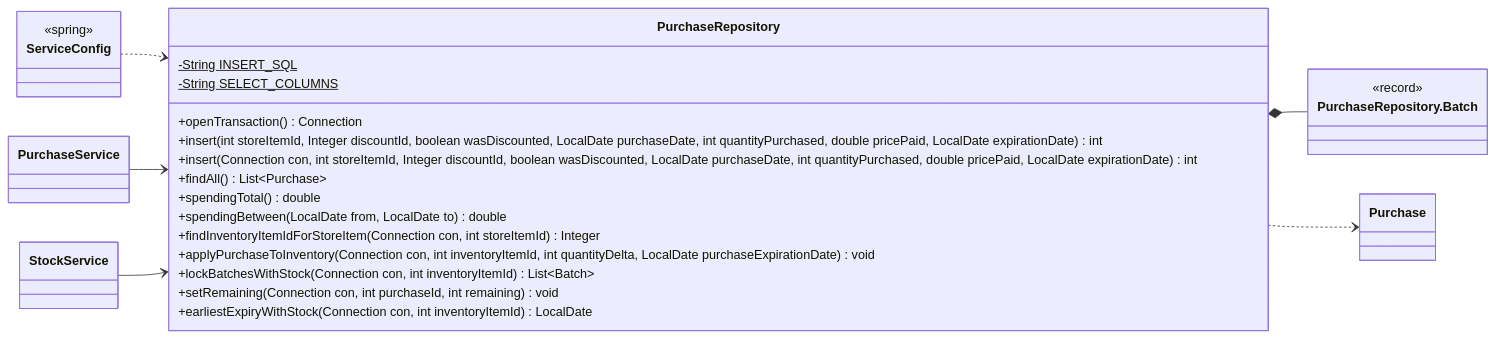
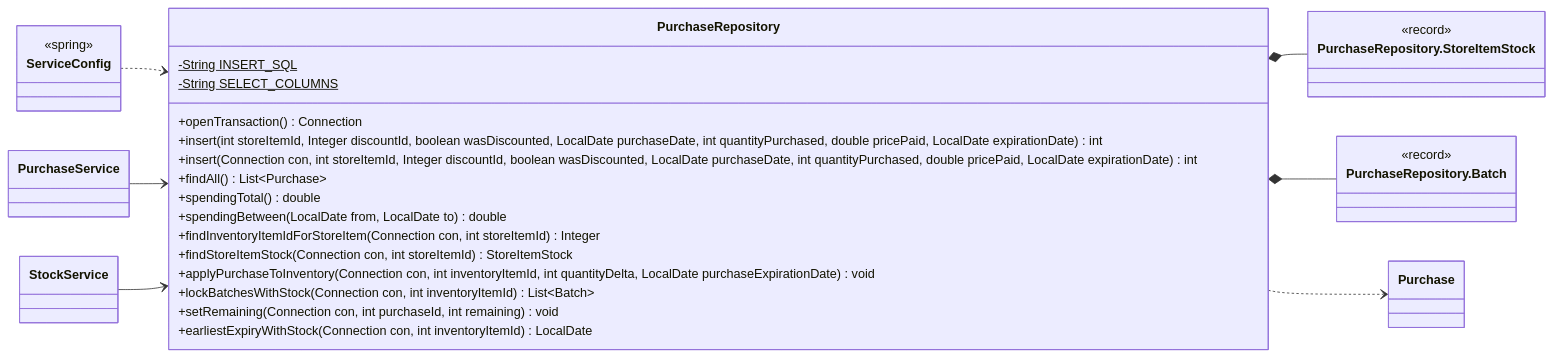
One commit to Nate-ryan-7690/dahaem changed the third of 8 diagrams in docs/classes/finance.md. Above: the diagram before and after it, drawn with Mermaid. The commit also changed other lines of this file and 8 other files, not shown here.

````diff
--- a/docs/classes/finance.md
+++ b/docs/classes/finance.md
@@ -115,33 +122,38 @@
 ```mermaid
 classDiagram
     direction LR
     class finance_PurchaseRepository["PurchaseRepository"] {
         -String INSERT_SQL$
         -String SELECT_COLUMNS$
         +openTransaction() Connection
         +insert(int storeItemId, Integer discountId, boolean wasDiscounted, LocalDate purchaseDate, int quantityPurchased, double pricePaid, LocalDate expirationDate) int
         +insert(Connection con, int storeItemId, Integer discountId, boolean wasDiscounted, LocalDate purchaseDate, int quantityPurchased, double pricePaid, LocalDate expirationDate) int
         +findAll() List~Purchase~
         +spendingTotal() double
         +spendingBetween(LocalDate from, LocalDate to) double
         +findInventoryItemIdForStoreItem(Connection con, int storeItemId) Integer
+        +findStoreItemStock(Connection con, int storeItemId) StoreItemStock
         +applyPurchaseToInventory(Connection con, int inventoryItemId, int quantityDelta, LocalDate purchaseExpirationDate) void
         +lockBatchesWithStock(Connection con, int inventoryItemId) List~Batch~
         +setRemaining(Connection con, int purchaseId, int remaining) void
         +earliestExpiryWithStock(Connection con, int inventoryItemId) LocalDate
+    }
+    class finance_PurchaseRepository_StoreItemStock["PurchaseRepository.StoreItemStock"] {
+        <<record>>
     }
     class finance_PurchaseRepository_Batch["PurchaseRepository.Batch"] {
         <<record>>
     }
     class finance_PurchaseService["PurchaseService"]
     class finance_StockService["StockService"]
     class finance_Purchase["Purchase"]
     class api_ServiceConfig["ServiceConfig"] {
         <<spring>>
     }
+    finance_PurchaseRepository *-- finance_PurchaseRepository_StoreItemStock
     finance_PurchaseRepository *-- finance_PurchaseRepository_Batch
     finance_PurchaseRepository ..> finance_Purchase
     api_ServiceConfig ..> finance_PurchaseRepository
     finance_PurchaseService --> finance_PurchaseRepository
     finance_StockService --> finance_PurchaseRepository
 ```
````
